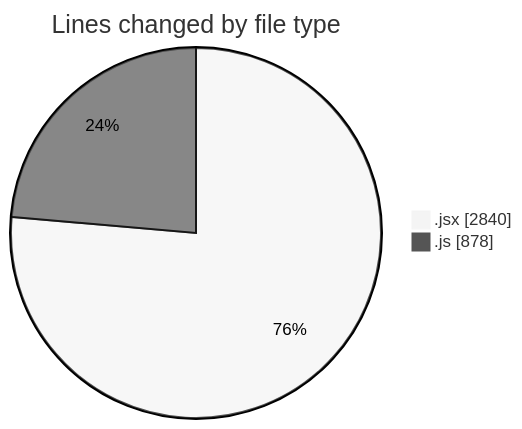
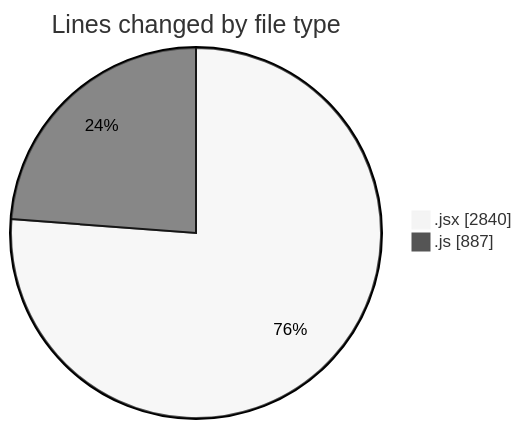
One commit to nxtqubesakshisongat/code-tracking changed the first of 2 diagrams in 2025-09-22/nxtqube_webapp/README.md. Above: the diagram before and after it, drawn with Mermaid (neutral theme). The commit also changed other lines of this file and 1 other file, not shown here.

````diff
--- a/2025-09-22/nxtqube_webapp/README.md
+++ b/2025-09-22/nxtqube_webapp/README.md
@@ -22,6 +22,6 @@
 ```mermaid
 pie showData
 title Lines changed by file type
 ".jsx" : 2840
-".js" : 878
+".js" : 887
 ```
````
